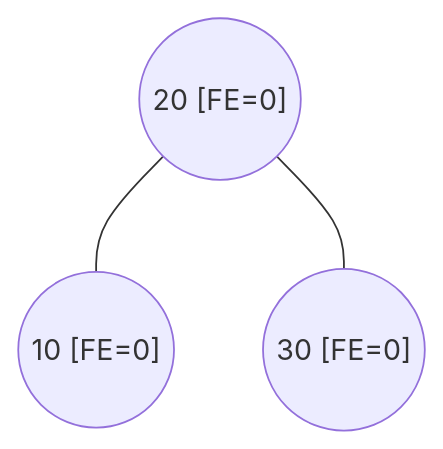
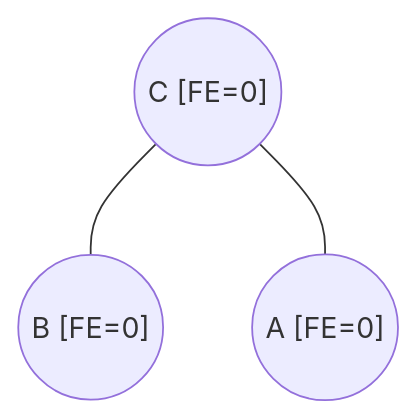
Before and after one commit to frijolitobandido/Guia_Matematica_Discreta: diagram 25 of 34 in 03-arboles.md, drawn with Mermaid. The commit also changed other lines of this file, not shown here.

````diff
--- a/03-arboles.md
+++ b/03-arboles.md
@@ -616,5 +658,5 @@
 ```mermaid
 graph TD
-    f1(("20 [FE=0]")) --- f2(("10 [FE=0]"))
-    f1 --- f3(("30 [FE=0]"))
+    f1(("C [FE=0]")) --- f2(("B [FE=0]"))
+    f1 --- f3(("A [FE=0]"))
 ```
````
